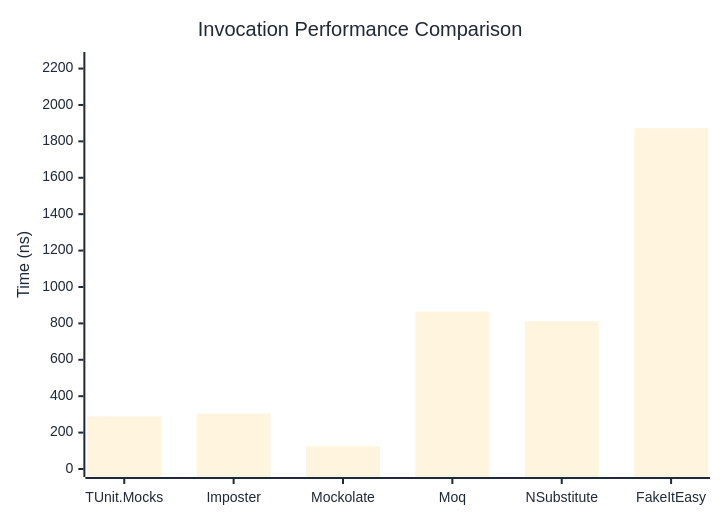
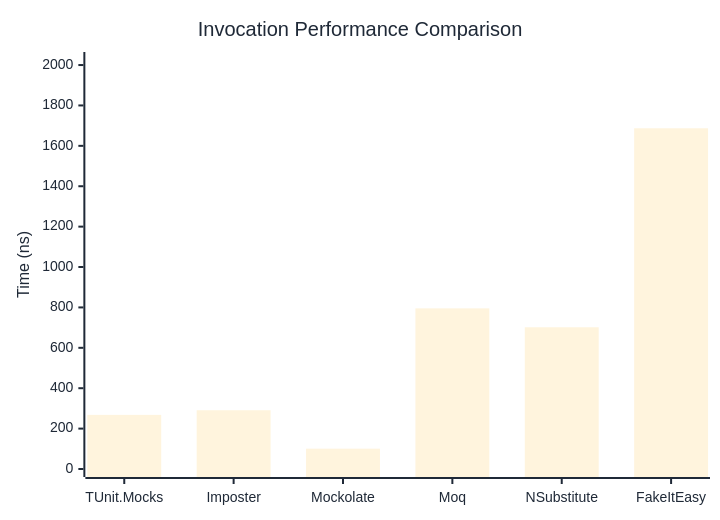
One commit to thomhurst/TUnit changed the first of 3 diagrams in docs/docs/benchmarks/mocks/Invocation.md. Above: the diagram before and after it, drawn with Mermaid. The commit also changed other lines of this file and 14 other files, not shown here.

````diff
--- a/docs/docs/benchmarks/mocks/Invocation.md
+++ b/docs/docs/benchmarks/mocks/Invocation.md
@@ -30,27 +30,27 @@
 ```mermaid
 %%{init: {
   'theme':'base',
   'themeVariables': {
     'primaryColor': '#2563eb',
     'primaryTextColor': '#1f2937',
     'primaryBorderColor': '#1e40af',
     'lineColor': '#6b7280',
     'secondaryColor': '#7c3aed',
     'tertiaryColor': '#dc2626',
     'background': '#ffffff',
     'pie1': '#2563eb',
     'pie2': '#7c3aed',
     'pie3': '#dc2626',
     'pie4': '#f59e0b',
     'pie5': '#10b981',
     'pie6': '#06b6d4',
     'pie7': '#ec4899',
     'pie8': '#6366f1'
   }
 }}%%
 xychart-beta
   title "Invocation Performance Comparison"
   x-axis ["TUnit.Mocks", "Imposter", "Mockolate", "Moq", "NSubstitute", "FakeItEasy"]
-  y-axis "Time (ns)" 0 --> 2247
-  bar [288.8, 304.9, 124.8, 865.1, 812.1, 1872.3]
+  y-axis "Time (ns)" 0 --> 2025
+  bar [267.99, 290.83, 100.69, 795.4, 701.76, 1687.02]
 ```
````
